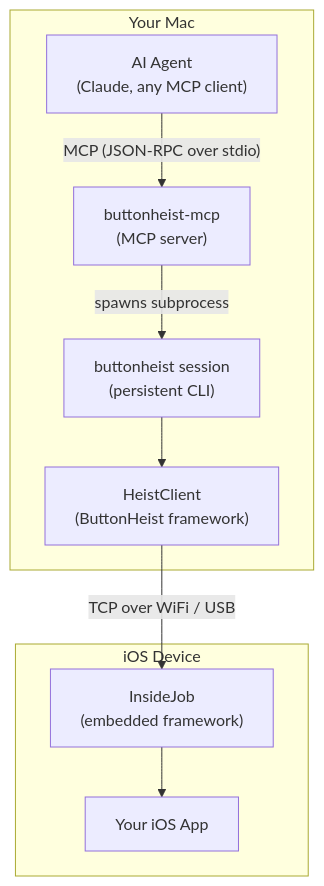
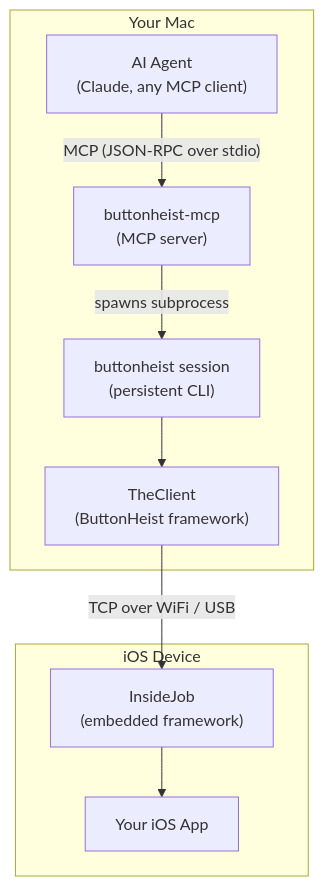
Before and after one commit to RoyalPineapple/TheButtonHeist: the diagram in README.md, drawn with Mermaid. The commit also changed other lines of this file and 61 other files, not shown here.

First line of the commit message:
Rename TheGoods → TheScore, HeistClient → TheClient, InsideJobLoader → ThePlant

````diff
--- a/README.md
+++ b/README.md
@@ -55,27 +55,27 @@
 ```mermaid
 graph TD
     AI["AI Agent<br/>(Claude, any MCP client)"]
     MCP["buttonheist-mcp<br/>(MCP server)"]
     Session["buttonheist session<br/>(persistent CLI)"]
-    Client["HeistClient<br/>(ButtonHeist framework)"]
+    Client["TheClient<br/>(ButtonHeist framework)"]
     IJ["InsideJob<br/>(embedded framework)"]
     App["Your iOS App"]
 
     AI -->|"MCP (JSON-RPC over stdio)"| MCP
     MCP -->|"spawns subprocess"| Session
     Session --> Client
     Client -->|"TCP over WiFi / USB"| IJ
     IJ --> App
 
     subgraph Mac["Your Mac"]
         AI
         MCP
         Session
         Client
     end
 
     subgraph Device["iOS Device"]
         IJ
         App
     end
 ```
````
